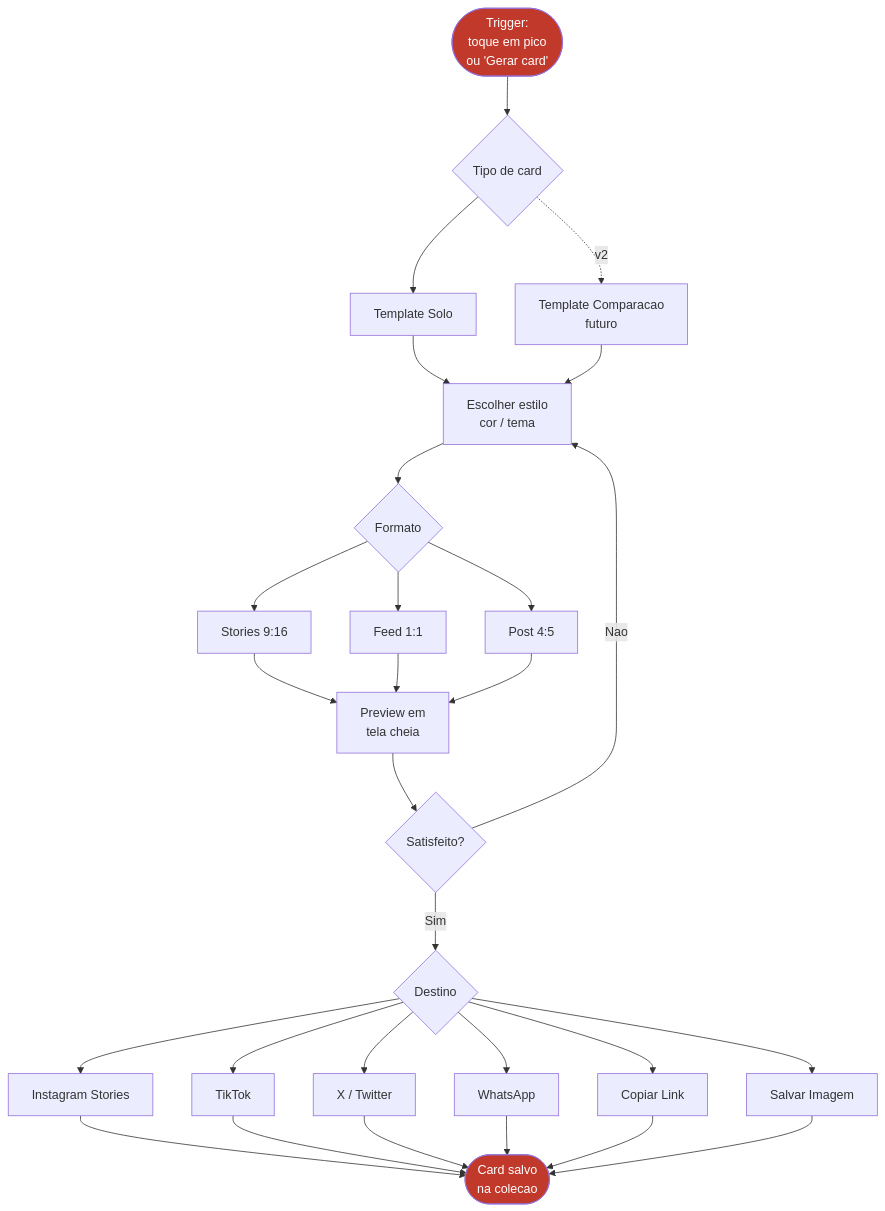
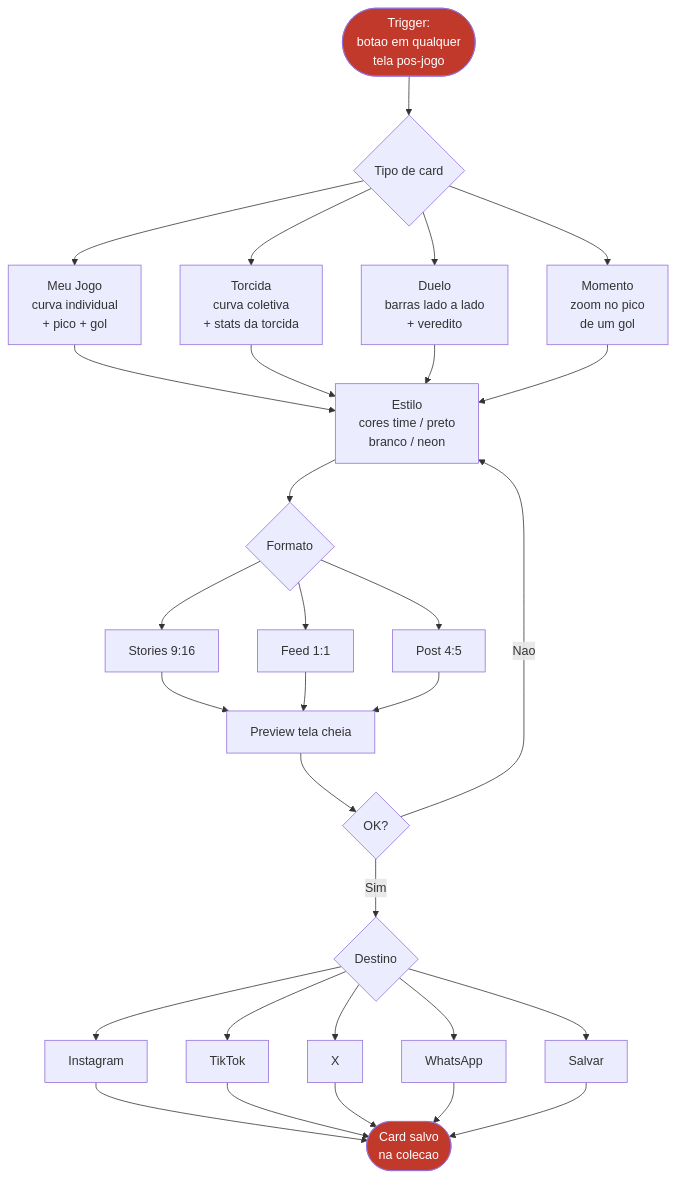
Before and after one commit to felipezanucci/tumtum: the fifth of 9 diagrams in docs/ux/user-flow-diagram.md, drawn with Mermaid. The commit also changed other lines of this file and 2 other files, not shown here.

````diff
--- a/docs/ux/user-flow-diagram.md
+++ b/docs/ux/user-flow-diagram.md
@@ -223,58 +273,62 @@
 ```mermaid
 flowchart TD
-    START([Trigger:<br/>toque em pico<br/>ou 'Gerar card'])
+    START([Trigger:<br/>botao em qualquer<br/>tela pos-jogo])
 
-    TEMPLATE{Tipo de card}
-    SOLO[Template Solo]
-    COMP[Template Comparacao<br/>futuro]
+    TIPO{Tipo de card}
+    C1[Meu Jogo<br/>curva individual<br/>+ pico + gol]
+    C2[Torcida<br/>curva coletiva<br/>+ stats da torcida]
+    C3[Duelo<br/>barras lado a lado<br/>+ veredito]
+    C4[Momento<br/>zoom no pico<br/>de um gol]
 
-    STYLE[Escolher estilo<br/>cor / tema]
+    STYLE[Estilo<br/>cores time / preto<br/>branco / neon]
+
     FORMAT{Formato}
     F_STORY[Stories 9:16]
     F_FEED[Feed 1:1]
     F_POST[Post 4:5]
 
-    PREVIEW[Preview em<br/>tela cheia]
-    EDIT{Satisfeito?}
+    PREVIEW[Preview tela cheia]
+    EDIT{OK?}
 
     SHARE{Destino}
-    INSTA[Instagram Stories]
+    INSTA[Instagram]
     TIKTOK[TikTok]
-    X_SHARE[X / Twitter]
+    X_SHARE[X]
     WHATS[WhatsApp]
-    LINK[Copiar Link]
-    SAVE[Salvar Imagem]
+    SAVE[Salvar]
 
     DONE([Card salvo<br/>na colecao])
 
-    START --> TEMPLATE
-    TEMPLATE --> SOLO
-    TEMPLATE -.->|v2| COMP
-    SOLO --> STYLE
-    COMP --> STYLE
+    START --> TIPO
+    TIPO --> C1
+    TIPO --> C2
+    TIPO --> C3
+    TIPO --> C4
+    C1 --> STYLE
+    C2 --> STYLE
+    C3 --> STYLE
+    C4 --> STYLE
     STYLE --> FORMAT
     FORMAT --> F_STORY
     FORMAT --> F_FEED
     FORMAT --> F_POST
     F_STORY --> PREVIEW
     F_FEED --> PREVIEW
     F_POST --> PREVIEW
     PREVIEW --> EDIT
     EDIT -->|Nao| STYLE
     EDIT -->|Sim| SHARE
     SHARE --> INSTA
     SHARE --> TIKTOK
     SHARE --> X_SHARE
     SHARE --> WHATS
-    SHARE --> LINK
     SHARE --> SAVE
     INSTA --> DONE
     TIKTOK --> DONE
     X_SHARE --> DONE
     WHATS --> DONE
-    LINK --> DONE
     SAVE --> DONE
 
     style START fill:#C0392B,color:#fff
     style DONE fill:#C0392B,color:#fff
 ```
````
